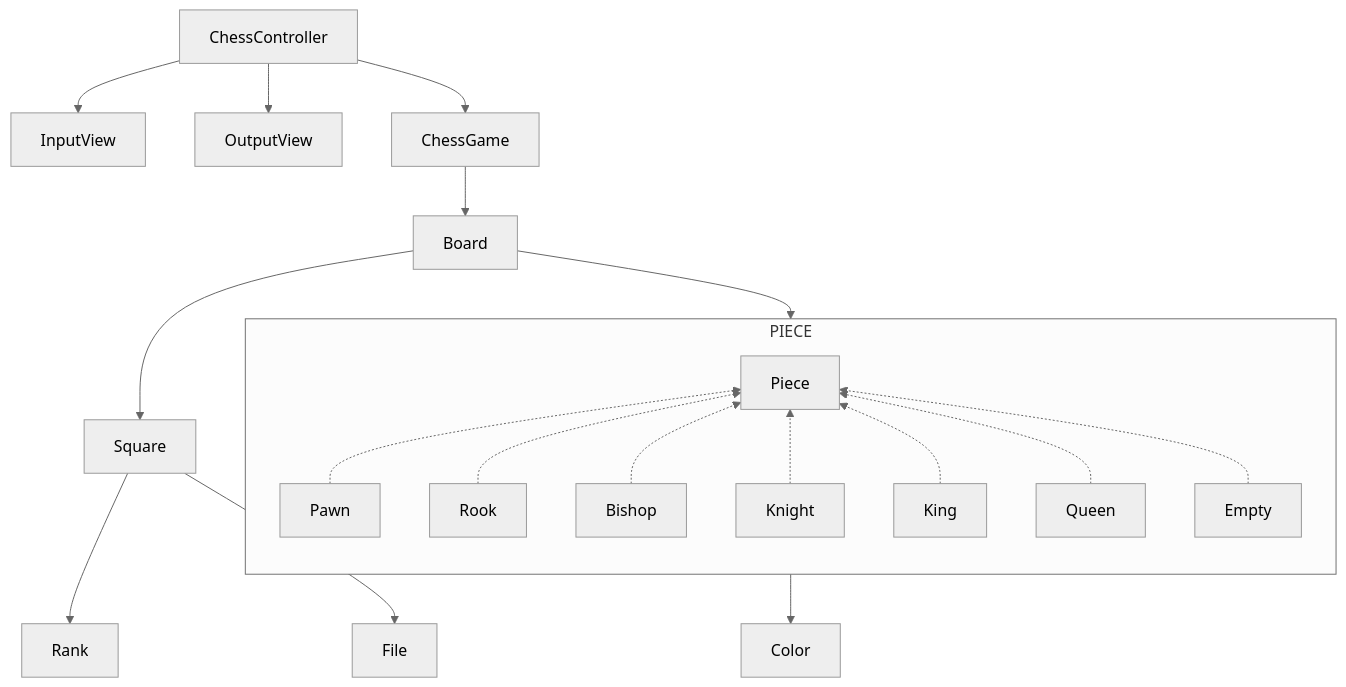
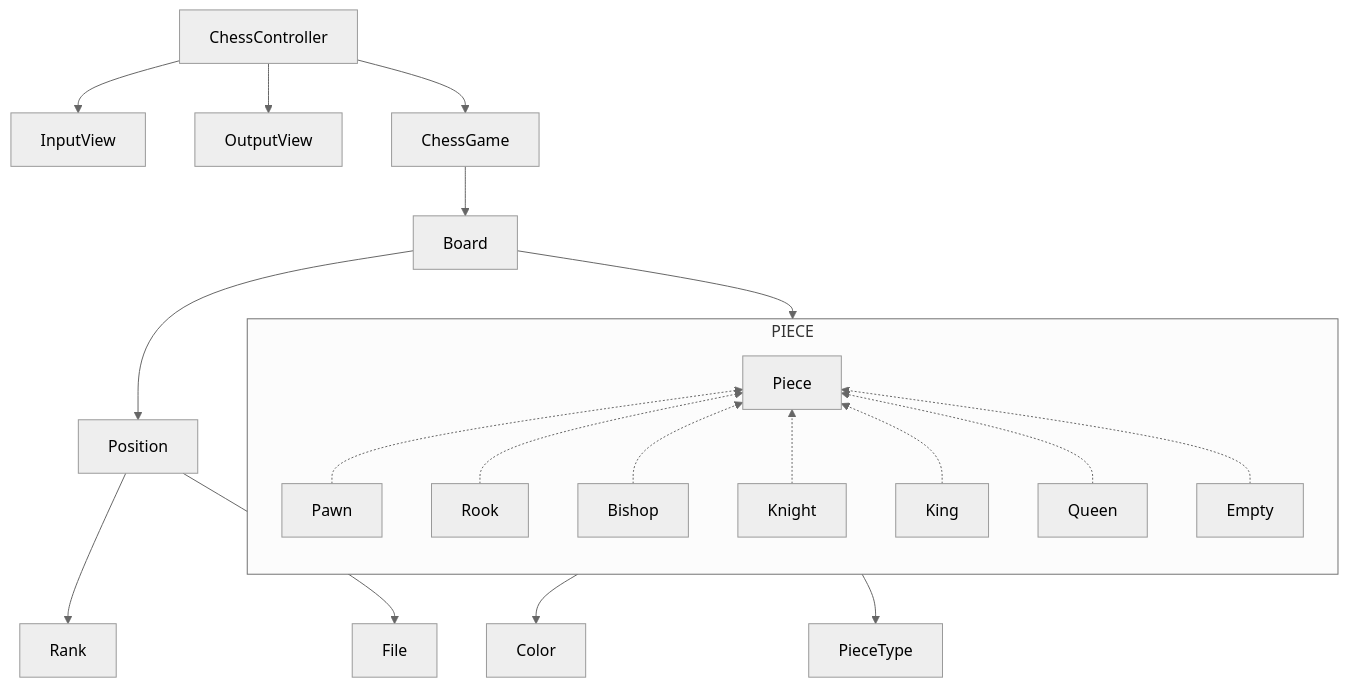
Before and after one commit to woowacourse/java-chess: the diagram in README.md, drawn with Mermaid (neutral theme).

Commit message:
docs: 요구사항 수정

````diff
--- a/README.md
+++ b/README.md
@@ -42,26 +42,27 @@
 ```mermaid
 graph TD
     ChessController --> InputView
     ChessController --> OutputView
 
     ChessController --> ChessGame
     ChessGame --> Board
 
-    Square --> Rank
-    Square --> File
+    Position --> Rank
+    Position --> File
 
-    Board --> Square
+    Board --> Position
     Board --> PIECE
     PIECE --> Color
+    PIECE --> PieceType
 
     subgraph PIECE
         direction BT
         Pawn -.-> Piece
         Rook -.-> Piece
         Bishop -.-> Piece
         Knight -.-> Piece
         King -.-> Piece
         Queen -.-> Piece
         Empty -.-> Piece
     end
 ```
````
